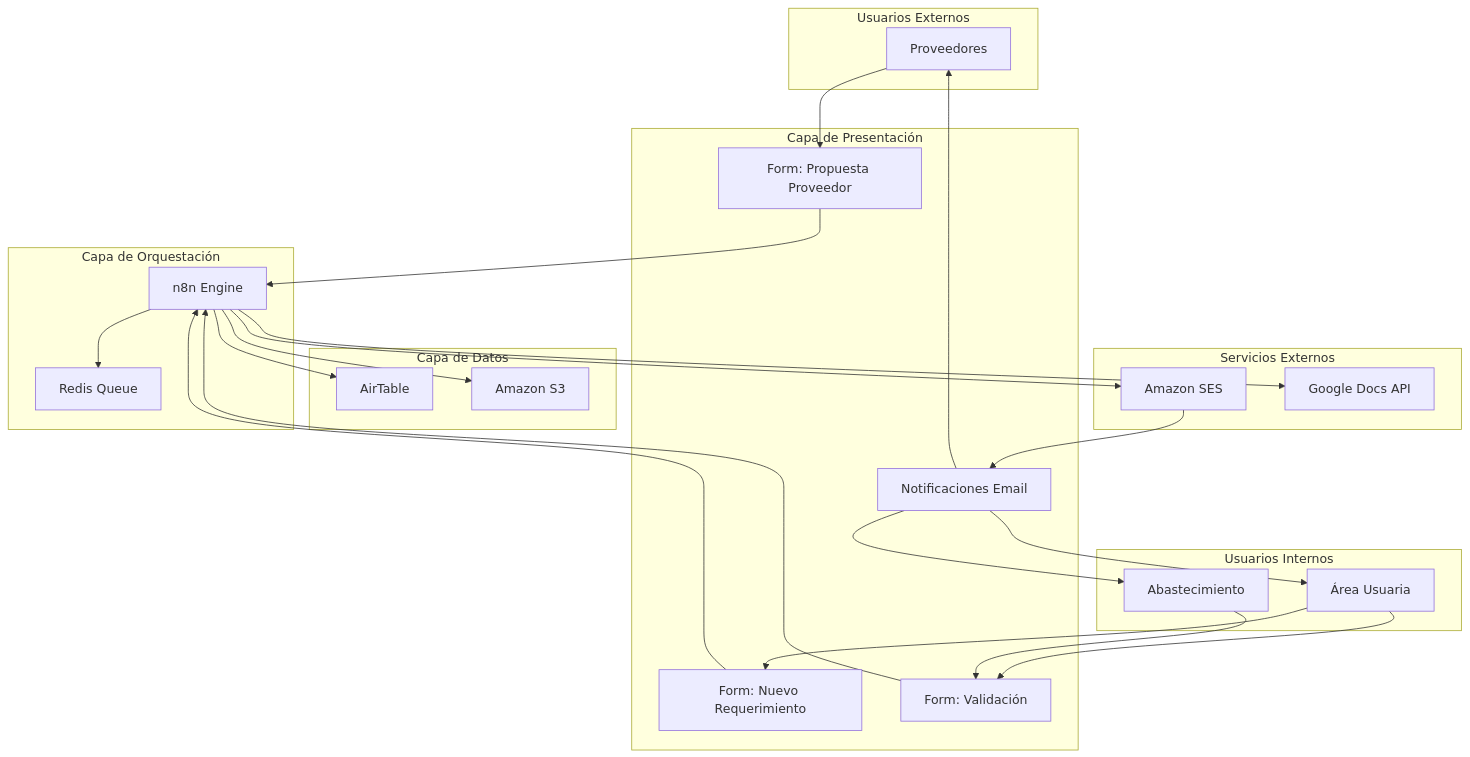
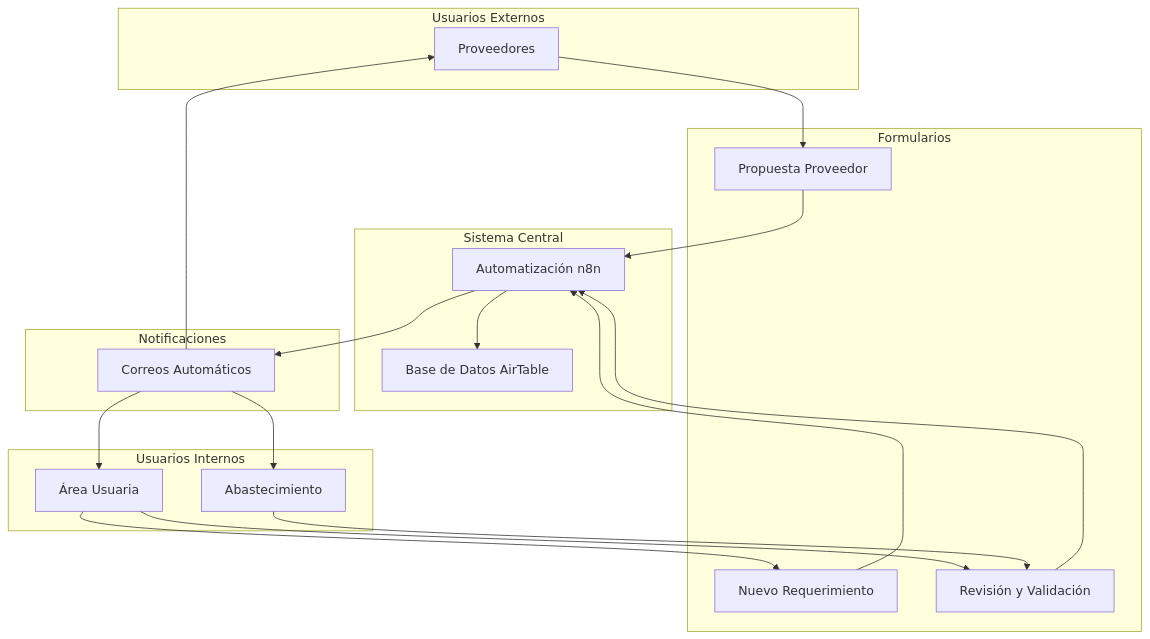
The second of 16 diagrams in README.md (lfam200/WorkFlow-n8n), drawn with Mermaid before and after one commit. The commit also changed other lines of this file, not shown here.

````diff
--- a/README.md
+++ b/README.md
@@ -84,53 +85,42 @@
 ```mermaid
 graph TB
     subgraph "Usuarios Externos"
         PROV[Proveedores]
     end
     
     subgraph "Usuarios Internos"
         AU[Área Usuaria]
         AB[Abastecimiento]
     end
     
-    subgraph "Capa de Presentación"
-        FORM1[Form: Nuevo Requerimiento]
-        FORM2[Form: Validación]
-        FORM3[Form: Propuesta Proveedor]
-        EMAIL[Notificaciones Email]
+    subgraph "Formularios"
+        FORM1[Nuevo Requerimiento]
+        FORM2[Revisión y Validación]
+        FORM3[Propuesta Proveedor]
     end
     
-    subgraph "Capa de Orquestación"
-        N8N[n8n Engine]
-        QUEUE[Redis Queue]
+    subgraph "Sistema Central"
+        N8N[Automatización n8n]
+        AT[Base de Datos AirTable]
     end
     
-    subgraph "Capa de Datos"
-        AT[AirTable]
-        S3[Amazon S3]
-    end
-    
-    subgraph "Servicios Externos"
-        SES[Amazon SES]
-        DOCS[Google Docs API]
+    subgraph "Notificaciones"
+        EMAIL[Correos Automáticos]
     end
     
     AU --> FORM1
     AU --> FORM2
     AB --> FORM2
     PROV --> FORM3
     
     FORM1 --> N8N
     FORM2 --> N8N
     FORM3 --> N8N
     
-    N8N --> QUEUE
     N8N --> AT
-    N8N --> S3
-    N8N --> SES
-    N8N --> DOCS
+    N8N --> EMAIL
     
-    SES --> EMAIL
     EMAIL --> AU
     EMAIL --> AB
     EMAIL --> PROV
 ```
````
